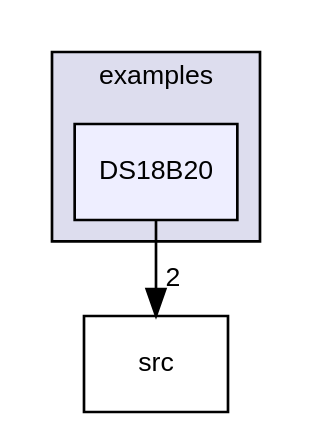
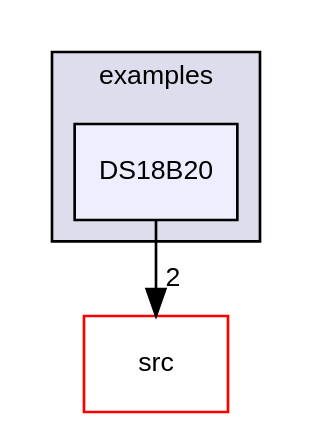
The diagram in Arduino-OWI/dir_edc7f58e8c82682a6129433ec455bcd5_dep.dot (mikaelpatel/mikaelpatel.github.io), drawn with Graphviz before and after one commit. The commit also changed 190 other files, not shown here.

```diff
--- a/Arduino-OWI/dir_edc7f58e8c82682a6129433ec455bcd5_dep.dot
+++ b/Arduino-OWI/dir_edc7f58e8c82682a6129433ec455bcd5_dep.dot
@@ -1,11 +1,11 @@
 digraph "examples/DS18B20" {
   compound=true
   node [ fontsize="10", fontname="Helvetica"];
   edge [ labelfontsize="10", labelfontname="Helvetica"];
   subgraph clusterdir_d28a4824dc47e487b107a5db32ef43c4 {
     graph [ bgcolor="#ddddee", pencolor="black", label="examples" fontname="Helvetica", fontsize="10", URL="dir_d28a4824dc47e487b107a5db32ef43c4.html"]
   dir_edc7f58e8c82682a6129433ec455bcd5 [shape=box, label="DS18B20", style="filled", fillcolor="#eeeeff", pencolor="black", URL="dir_edc7f58e8c82682a6129433ec455bcd5.html"];
   }
-  dir_68267d1309a1af8e8297ef4c3efbcdba [shape=box label="src" URL="dir_68267d1309a1af8e8297ef4c3efbcdba.html"];
+  dir_68267d1309a1af8e8297ef4c3efbcdba [shape=box label="src" fillcolor="white" style="filled" color="red" URL="dir_68267d1309a1af8e8297ef4c3efbcdba.html"];
   dir_edc7f58e8c82682a6129433ec455bcd5->dir_68267d1309a1af8e8297ef4c3efbcdba [headlabel="2", labeldistance=1.5 headhref="dir_000001_000003.html"];
 }
```
